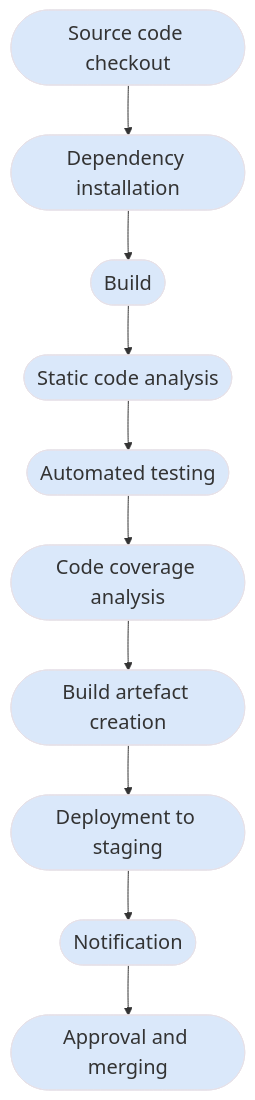
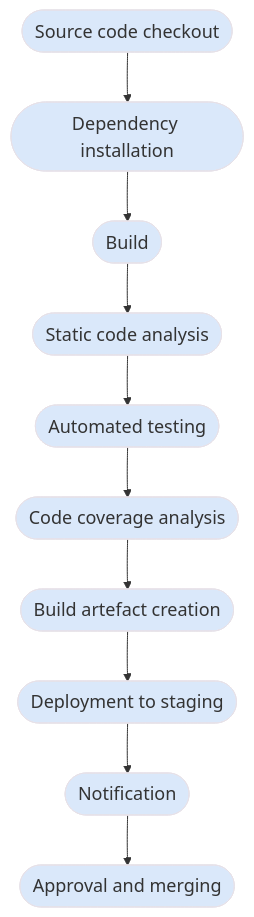
Before and after one commit to edinburgh-napier/SET09102: the diagram in notes/unit7_devops/ci.md, drawn with Mermaid. The commit also changed other lines of this file and 2 other files, not shown here.

````diff
--- a/notes/unit7_devops/ci.md
+++ b/notes/unit7_devops/ci.md
@@ -39,24 +39,24 @@
 ```mermaid
 flowchart TB
-    classDef mainStep fill:#dae8fa,stroke:#e6e1e8,font-size:20px
+    classDef mainStep fill:#dae8fa,stroke:#e6e1e8,font-size:18px
     p1(["Source code checkout"])
     p1 --> p2(["Dependency installation"])
     p2 --> p3(["Build"])
     p3 --> p4(["Static code analysis"])
     p4 --> p5(["Automated testing"])
     p5 --> p6(["Code coverage analysis"])
     p6 --> p7(["Build artefact creation"])
     p7 --> p8(["Deployment to staging"])
     p8 --> p9(["Notification"])
     p9 --> p10(["Approval and merging"])
     class p1 mainStep
     class p2 mainStep
     class p3 mainStep
     class p4 mainStep
     class p5 mainStep
     class p6 mainStep
     class p7 mainStep
     class p8 mainStep
     class p9 mainStep
     class p10 mainStep
 ```
````
